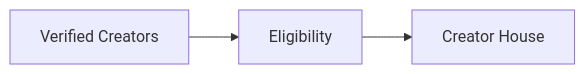
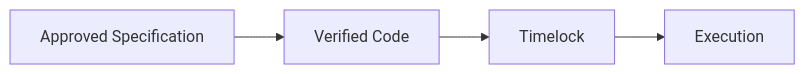
One commit to ShigeichiroYamasaki/creator-first-platform changed the ninth of 23 diagrams in docs/whitepaper/07-governance.md. Above: the diagram before and after it, drawn with Mermaid. The commit also changed other lines of this file and 1 other file, not shown here.

````diff
--- a/docs/whitepaper/07-governance.md
+++ b/docs/whitepaper/07-governance.md
@@ -209,9 +446,9 @@
 ```mermaid
 flowchart LR
-    VERIFIED[Verified Creators]
-    ELIGIBLE[Eligibility]
-    CH[Creator House]
+    SPEC[Approved Specification]
+    CODE[Verified Code]
+    TIME[Timelock]
+    EXEC[Execution]
 
-    VERIFIED --> ELIGIBLE
-    ELIGIBLE --> CH
+    SPEC --> CODE --> TIME --> EXEC
 ```
````
